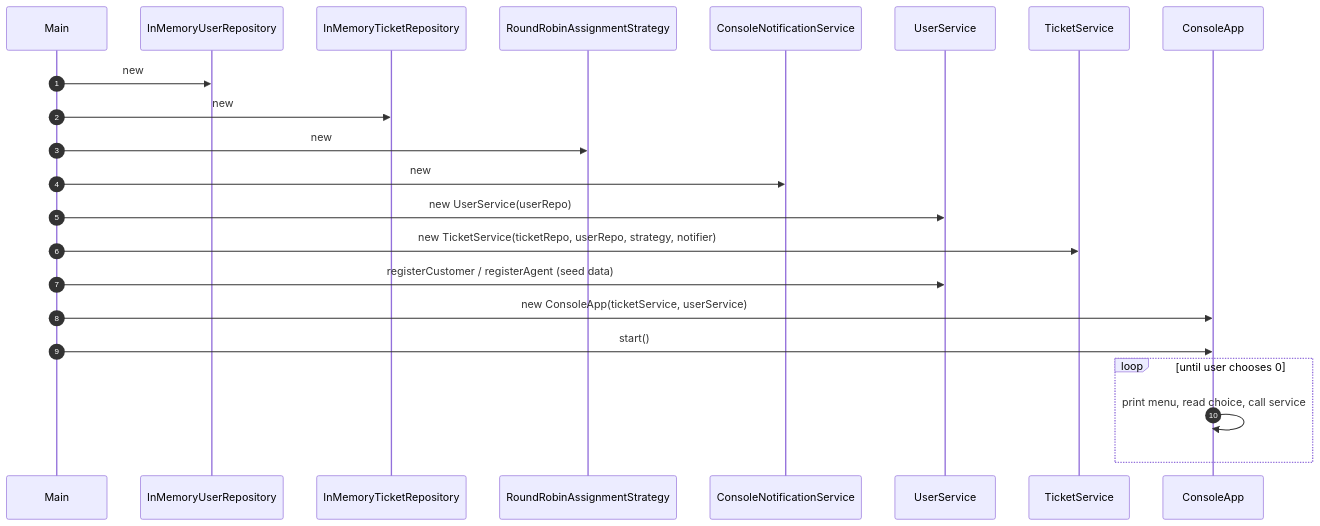
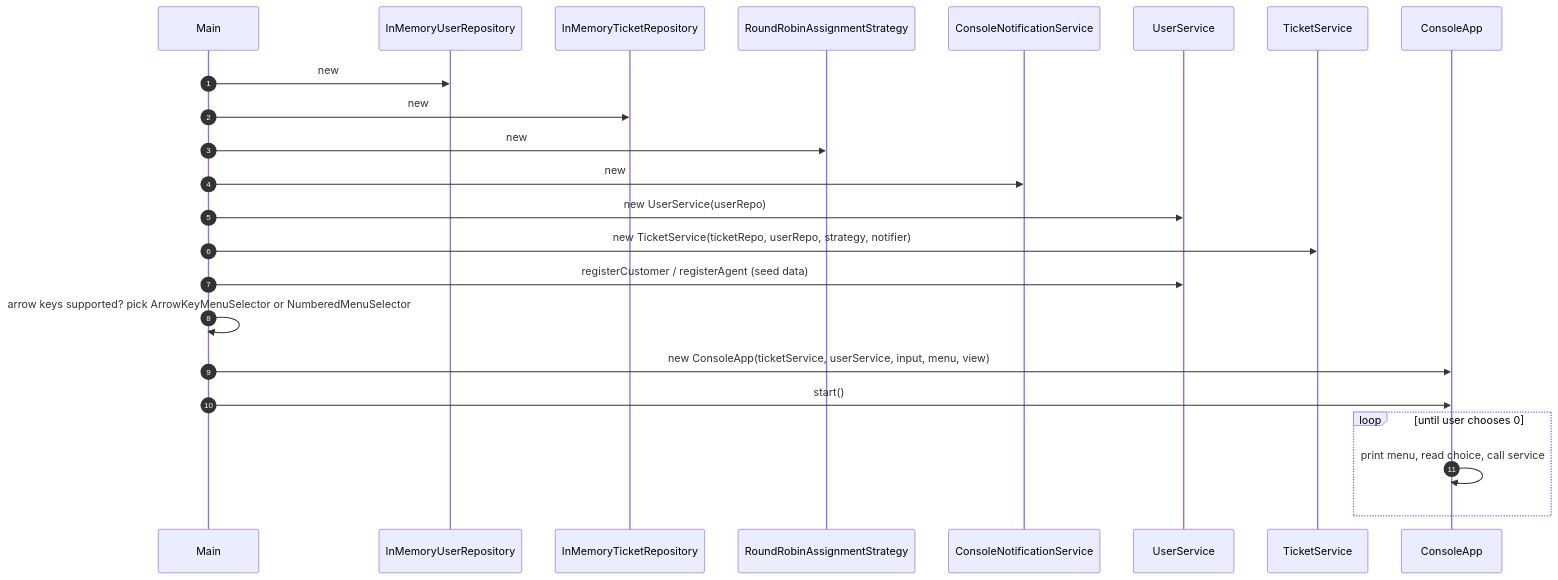
One commit to divyanshi-sachan/ticket-management-system changed the eighth of 10 diagrams in README.md. Above: the diagram before and after it, drawn with Mermaid. The commit also changed other lines of this file and 12 other files, not shown here.

First line of the commit message:
Improve CLI with arrow-key menus, tables and input validation

````diff
--- a/README.md
+++ b/README.md
@@ -559,25 +623,26 @@
 ```mermaid
 sequenceDiagram
     autonumber
     participant M as Main
     participant UR as InMemoryUserRepository
     participant TR as InMemoryTicketRepository
     participant AS as RoundRobinAssignmentStrategy
     participant NS as ConsoleNotificationService
     participant US as UserService
     participant TS as TicketService
     participant UI as ConsoleApp
 
     M->>UR: new
     M->>TR: new
     M->>AS: new
     M->>NS: new
     M->>US: new UserService(userRepo)
     M->>TS: new TicketService(ticketRepo, userRepo, strategy, notifier)
     M->>US: registerCustomer / registerAgent (seed data)
-    M->>UI: new ConsoleApp(ticketService, userService)
+    M->>M: arrow keys supported? pick ArrowKeyMenuSelector or NumberedMenuSelector
+    M->>UI: new ConsoleApp(ticketService, userService, input, menu, view)
     M->>UI: start()
     loop until user chooses 0
         UI->>UI: print menu, read choice, call service
     end
 ```
````
